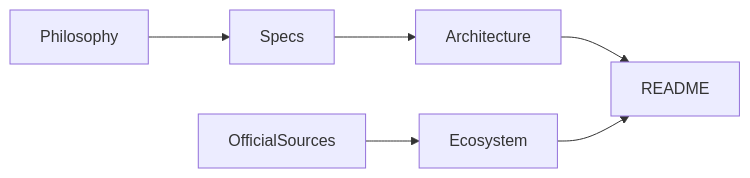
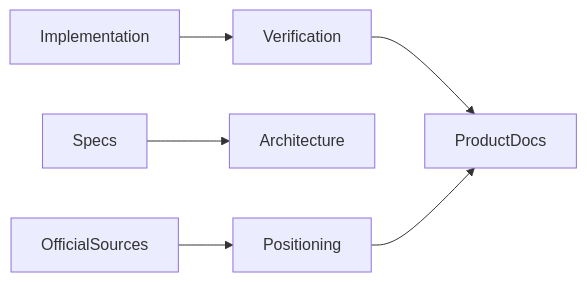
Before and after one commit to streamentry/AGENTOWNERS: the first of 3 diagrams in docs/AGENTS.md, drawn with Mermaid. The commit also changed other lines of this file and 13 other files, not shown here.

````diff
--- a/docs/AGENTS.md
+++ b/docs/AGENTS.md
@@ -18,8 +20,8 @@
 ```mermaid
 flowchart LR
-  OfficialSources --> Ecosystem
+  OfficialSources --> Positioning
   Specs --> Architecture
-  Philosophy --> Specs
-  Architecture --> README
-  Ecosystem --> README
+  Implementation --> Verification
+  Verification --> ProductDocs
+  Positioning --> ProductDocs
 ```
````
